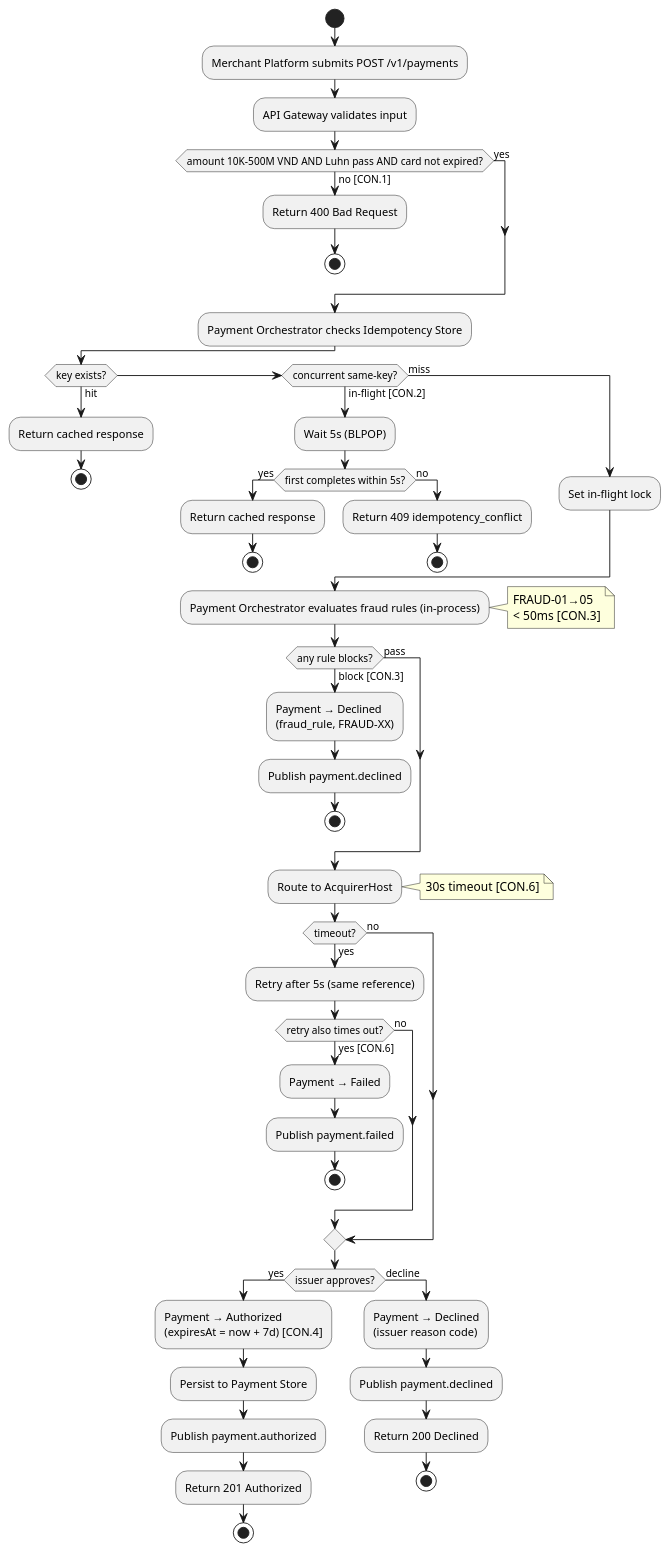
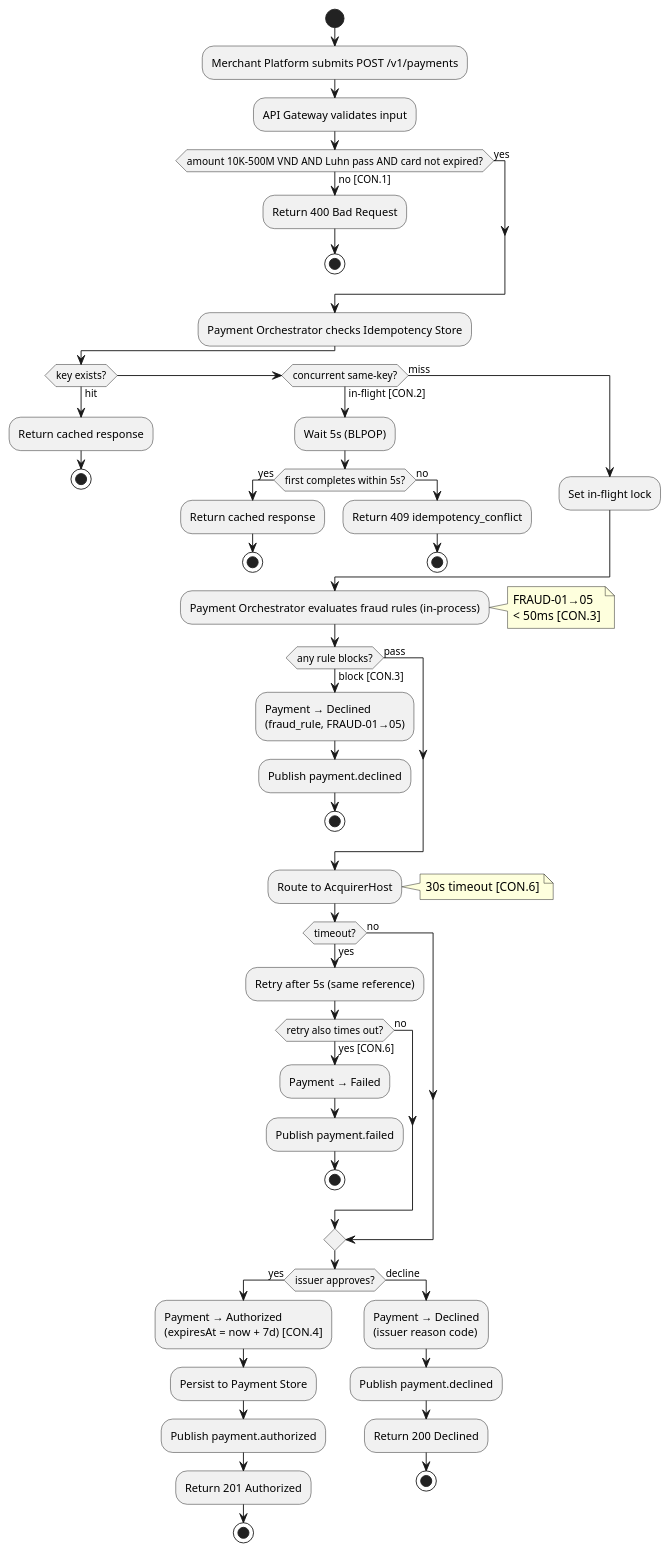
One commit to manhtienptit/team3 changed the fourth of 5 diagrams in Lb/Lab5-UML-LowLevel.md. Above: the diagram before and after it, drawn with PlantUML. The commit also changed other lines of this file and 1 other file, not shown here.

````diff
--- a/Lb/Lab5-UML-LowLevel.md
+++ b/Lb/Lab5-UML-LowLevel.md
@@ -319,69 +250,69 @@
 ```plantuml
 @startuml
 start
 
 :Merchant Platform submits POST /v1/payments;
 
 :API Gateway validates input;
 if (amount 10K–500M VND AND Luhn pass AND card not expired?) then (yes)
 else (no [CON.1])
   :Return 400 Bad Request;
   stop
 endif
 
 :Payment Orchestrator checks Idempotency Store;
 if (key exists?) then (hit)
   :Return cached response;
   stop
 elseif (concurrent same-key?) then (in-flight [CON.2])
   :Wait 5s (BLPOP);
   if (first completes within 5s?) then (yes)
     :Return cached response;
     stop
   else (no)
     :Return 409 idempotency_conflict;
     stop
   endif
 else (miss)
   :Set in-flight lock;
 endif
 
 :Payment Orchestrator evaluates fraud rules (in-process);
 note right: FRAUD-01→05\n< 50ms [CON.3]
 
 if (any rule blocks?) then (block [CON.3])
-  :Payment → Declined\n(fraud_rule, FRAUD-XX);
+  :Payment → Declined\n(fraud_rule, FRAUD-01→05);
   :Publish payment.declined;
   stop
 else (pass)
 endif
 
 :Route to AcquirerHost;
 note right: 30s timeout [CON.6]
 
 if (timeout?) then (yes)
   :Retry after 5s (same reference);
   if (retry also times out?) then (yes [CON.6])
     :Payment → Failed;
     :Publish payment.failed;
     stop
   else (no)
   endif
 else (no)
 endif
 
 if (issuer approves?) then (yes)
   :Payment → Authorized\n(expiresAt = now + 7d) [CON.4];
   :Persist to Payment Store;
   :Publish payment.authorized;
   :Return 201 Authorized;
   stop
 else (decline)
   :Payment → Declined\n(issuer reason code);
   :Publish payment.declined;
   :Return 200 Declined;
   stop
 endif
 
 @enduml
 ```
````
